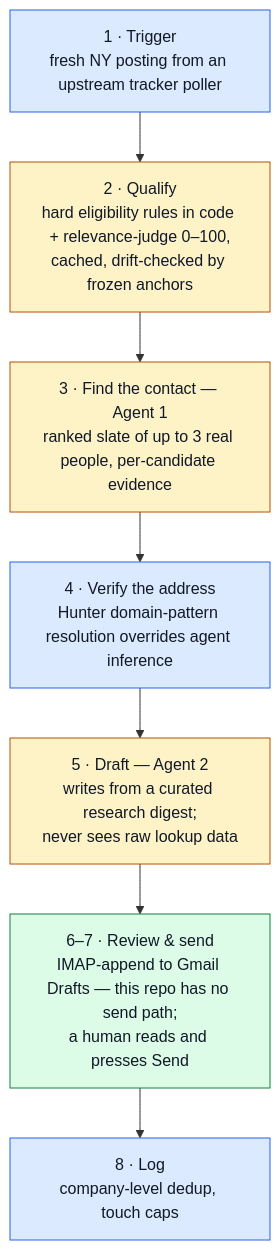
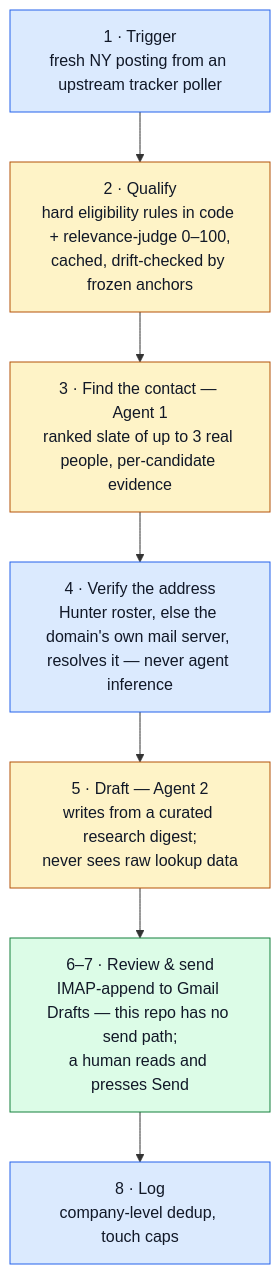
The diagram in README.md (yashexe/Adam), drawn with Mermaid before and after one commit. The commit also changed 7 other files, not shown here.

First line of the commit message:
verify: resolve addresses through the domain's own mail server when Hunter has no roster

````diff
--- a/README.md
+++ b/README.md
@@ -123,14 +123,14 @@
 ```mermaid
 flowchart TD
     S1["1 · Trigger<br/>fresh NY posting from an upstream tracker poller"]:::det
     S2["2 · Qualify<br/>hard eligibility rules in code + relevance-judge 0–100,<br/>cached, drift-checked by frozen anchors"]:::agent
     S3["3 · Find the contact — Agent 1<br/>ranked slate of up to 3 real people, per-candidate evidence"]:::agent
-    S4["4 · Verify the address<br/>Hunter domain-pattern resolution overrides agent inference"]:::det
+    S4["4 · Verify the address<br/>Hunter roster, else the domain's own mail server, resolves it — never agent inference"]:::det
     S5["5 · Draft — Agent 2<br/>writes from a curated research digest;<br/>never sees raw lookup data"]:::agent
     S6["6–7 · Review &amp; send<br/>IMAP-append to Gmail Drafts — this repo has no send path;<br/>a human reads and presses Send"]:::human
     S8["8 · Log<br/>company-level dedup, touch caps"]:::det
     S1 --> S2 --> S3 --> S4 --> S5 --> S6 --> S8
     classDef det fill:#dbeafe,stroke:#2563eb,color:#111827
     classDef agent fill:#fef3c7,stroke:#b45309,color:#111827
     classDef human fill:#dcfce7,stroke:#15803d,color:#111827
 ```
````
